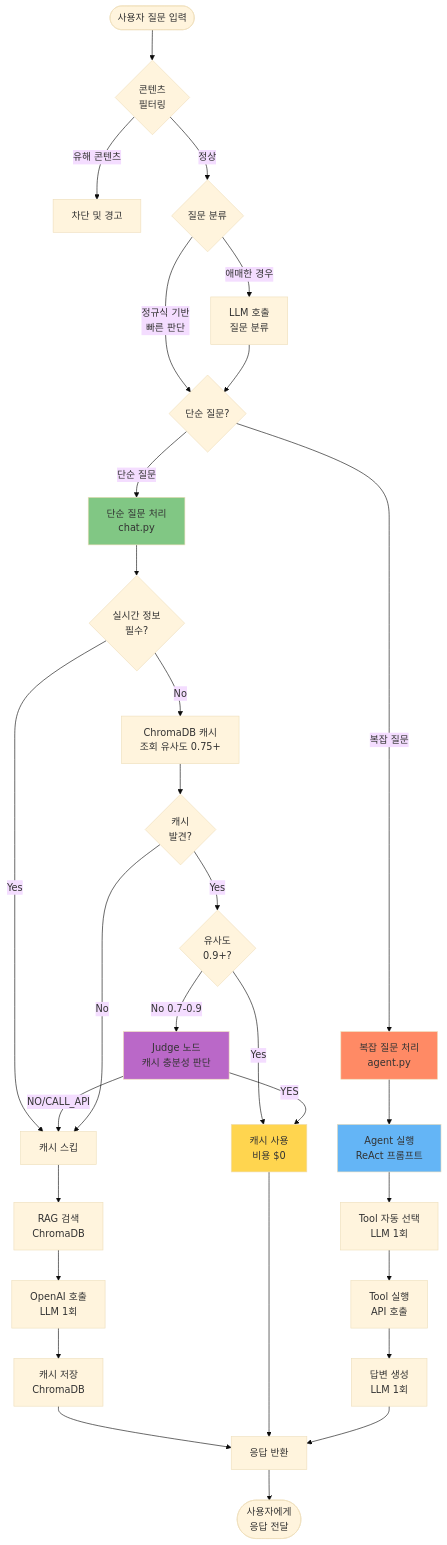
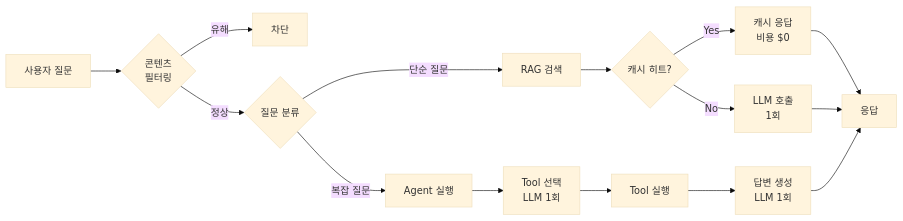
Before and after one commit to seolmiseon/fsf-llm-platform: the second of 4 diagrams in FSF_ARCHITECTURE_DIAGRAM.md, drawn with Mermaid (base theme). The commit also changed other lines of this file and 31 other files, not shown here.

````diff
--- a/FSF_ARCHITECTURE_DIAGRAM.md
+++ b/FSF_ARCHITECTURE_DIAGRAM.md
@@ -133,46 +155,21 @@
 ```mermaid
-flowchart TD
-    Start([사용자 질문 입력]) --> ContentCheck{콘텐츠<br/>필터링}
-    ContentCheck -->|유해 콘텐츠| Block[차단 및 경고]
-    ContentCheck -->|정상| QuestionType{질문 분류}
-
-    QuestionType -->|정규식 기반<br/>빠른 판단| SimpleCheck{단순 질문?}
-    QuestionType -->|애매한 경우| LLMCheck[LLM 호출<br/>질문 분류]
-    LLMCheck --> SimpleCheck
-
-    SimpleCheck -->|단순 질문| SimpleFlow[단순 질문 처리<br/>chat.py]
-    SimpleCheck -->|복잡 질문| ComplexFlow[복잡 질문 처리<br/>agent.py]
-
-    SimpleFlow --> RealtimeCheck{실시간 정보<br/>필수?}
-    RealtimeCheck -->|Yes| SkipCache[캐시 스킵]
-    RealtimeCheck -->|No| CacheLookup[ChromaDB 캐시<br/>조회 유사도 0.75+]
-
-    CacheLookup --> CacheFound{캐시<br/>발견?}
-    CacheFound -->|Yes| SimilarityCheck{유사도<br/>0.9+?}
-    SimilarityCheck -->|Yes| UseCache[캐시 사용<br/>비용 $0]
-    SimilarityCheck -->|No 0.7-0.9| Judge[Judge 노드<br/>캐시 충분성 판단]
-    Judge -->|YES| UseCache
-    Judge -->|NO/CALL_API| SkipCache
-
-    CacheFound -->|No| SkipCache
-    SkipCache --> RAGSearch[RAG 검색<br/>ChromaDB]
-    RAGSearch --> LLMCall[OpenAI 호출<br/>LLM 1회]
-    LLMCall --> SaveCache[캐시 저장<br/>ChromaDB]
-    SaveCache --> Response[응답 반환]
-
-    UseCache --> Response
-
-    ComplexFlow --> AgentExec[Agent 실행<br/>ReAct 프롬프트]
-    AgentExec --> ToolSelect[Tool 자동 선택<br/>LLM 1회]
-    ToolSelect --> ToolExec[Tool 실행<br/>API 호출]
-    ToolExec --> AnswerGen[답변 생성<br/>LLM 1회]
-    AnswerGen --> Response
-
-    Response --> End([사용자에게<br/>응답 전달])
-
-    style SimpleFlow fill:#81C784
-    style ComplexFlow fill:#FF8A65
-    style UseCache fill:#FFD54F
-    style Judge fill:#BA68C8
-    style AgentExec fill:#64B5F6
+graph LR
+    A[사용자 질문] --> B{콘텐츠<br>필터링}
+    B -->|유해| C[차단]
+    B -->|정상| D{질문 분류}
+    
+    D -->|단순 질문| E[RAG 검색]
+    D -->|복잡 질문| F[Agent 실행]
+    
+    E --> G{캐시 히트?}
+    G -->|Yes| H[캐시 응답<br>비용 $0]
+    G -->|No| I[LLM 호출<br>1회]
+    
+    F --> J[Tool 선택<br>LLM 1회]
+    J --> K[Tool 실행]
+    K --> L[답변 생성<br>LLM 1회]
+    
+    H --> M[응답]
+    I --> M
+    L --> M
 ```
````
